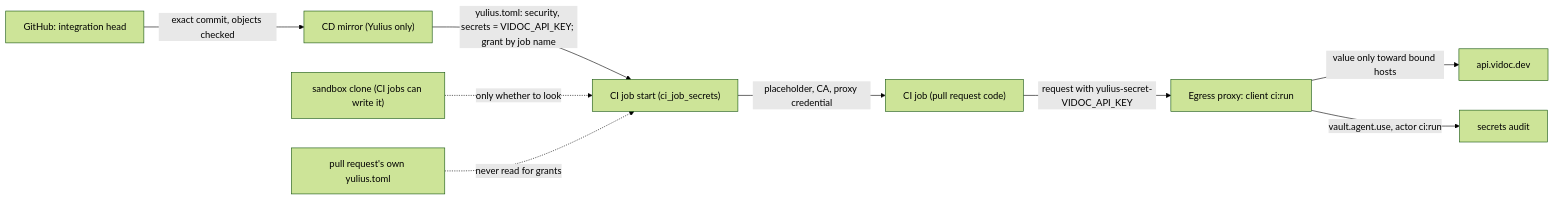
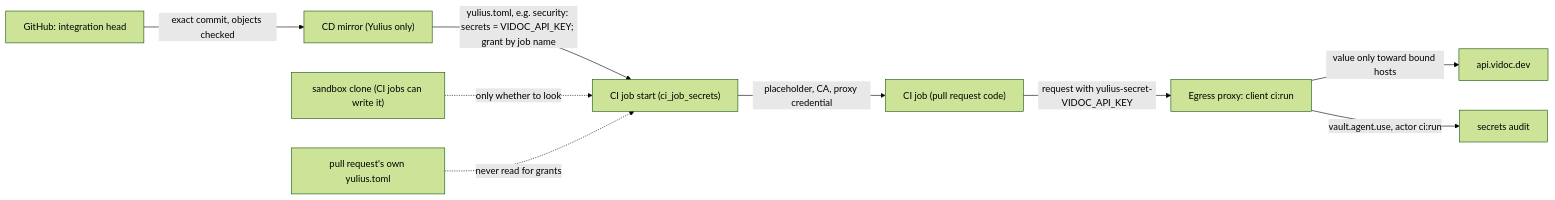
Diagram 15 of 31 in docs/architecture.md (Quartio-Studio/yulius), drawn with Mermaid (forest theme) before and after one commit. The commit also changed 11 other files, not shown here.

First line of the commit message:
fix(ci): ship the security job without its grant until the instance knows it

````diff
--- a/docs/architecture.md
+++ b/docs/architecture.md
@@ -511,11 +511,11 @@
 ```mermaid
 flowchart LR
   GH["GitHub: integration head"] -->|"exact commit, objects checked"| MIR["CD mirror (Yulius only)"]
-  MIR -->|"yulius.toml: security, secrets = VIDOC_API_KEY; grant by job name"| EXEC["CI job start (ci_job_secrets)"]
+  MIR -->|"yulius.toml, e.g. security: secrets = VIDOC_API_KEY; grant by job name"| EXEC["CI job start (ci_job_secrets)"]
   CLONE["sandbox clone (CI jobs can write it)"] -.->|"only whether to look"| EXEC
   PR["pull request's own yulius.toml"] -.->|"never read for grants"| EXEC
   EXEC -->|"placeholder, CA, proxy credential"| JOB["CI job (pull request code)"]
   JOB -->|"request with yulius-secret-VIDOC_API_KEY"| X["Egress proxy: client ci:run"]
   X -->|"value only toward bound hosts"| V["api.vidoc.dev"]
   X -->|"vault.agent.use, actor ci:run"| AUD["secrets audit"]
 ```
````
